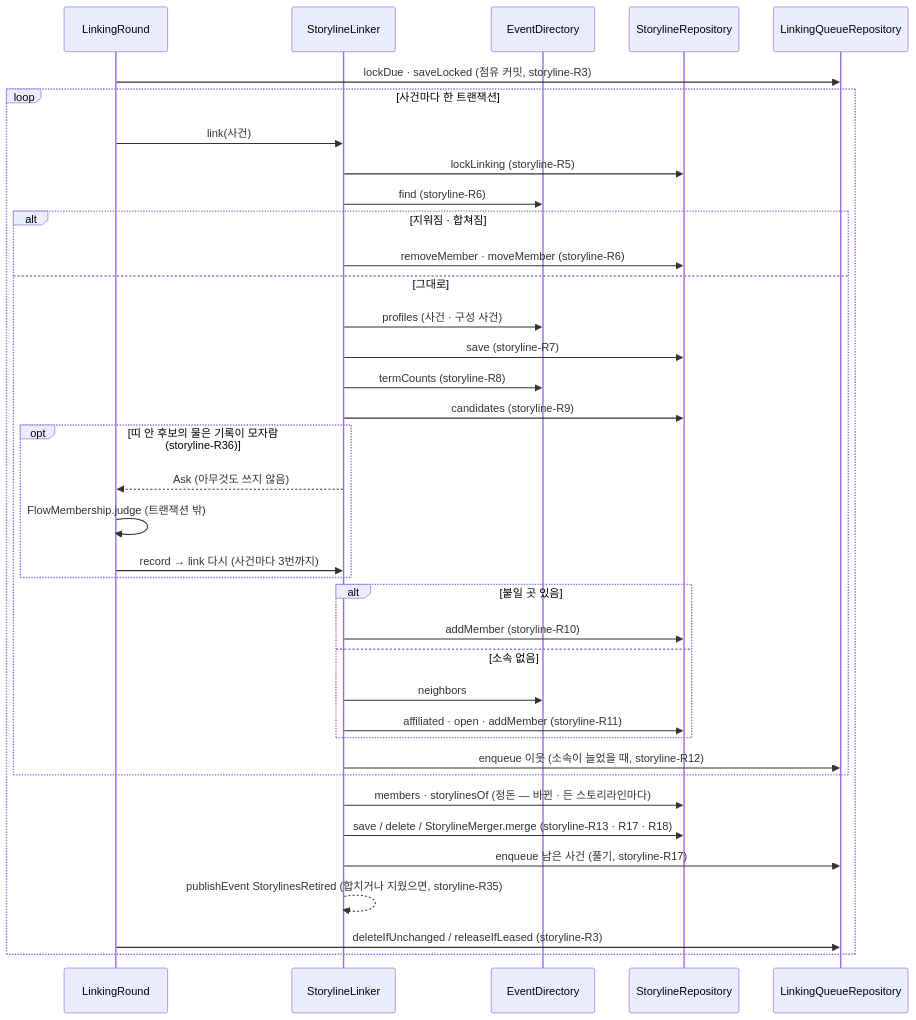
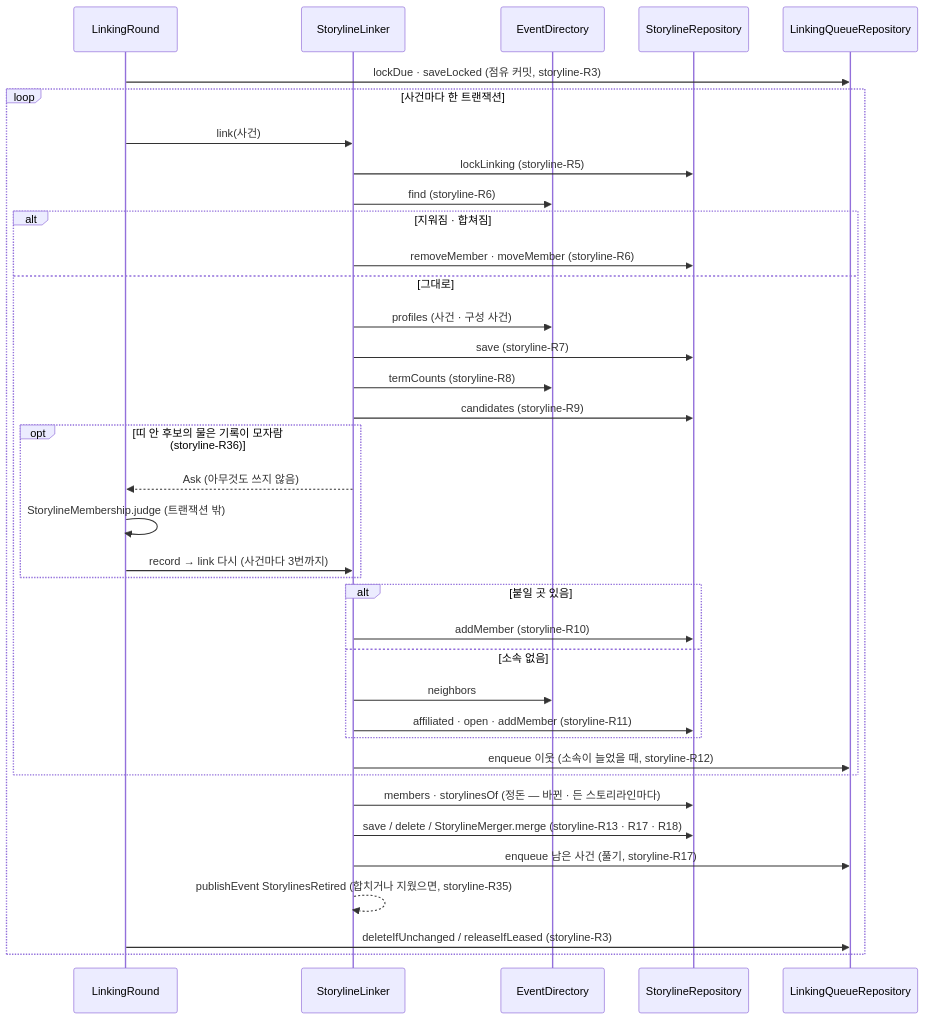
The diagram in docs/specs/storyline.md (Theia0382/yozm-news), drawn with Mermaid before and after one commit. The commit also changed other lines of this file and 22 other files, not shown here.

First line of the commit message:
docs: 개발 문서의 Flow · 흐름을 스토리라인으로 정리하고 ADR-0326

````diff
--- a/docs/specs/storyline.md
+++ b/docs/specs/storyline.md
@@ -369,39 +369,39 @@
 ```mermaid
 sequenceDiagram
     participant R as LinkingRound
     participant L as StorylineLinker
     participant D as EventDirectory
     participant S as StorylineRepository
     participant Q as LinkingQueueRepository
     R->>Q: lockDue · saveLocked (점유 커밋, storyline-R3)
     loop 사건마다 한 트랜잭션
         R->>L: link(사건)
         L->>S: lockLinking (storyline-R5)
         L->>D: find (storyline-R6)
         alt 지워짐 · 합쳐짐
             L->>S: removeMember · moveMember (storyline-R6)
         else 그대로
             L->>D: profiles (사건 · 구성 사건)
             L->>S: save (storyline-R7)
             L->>D: termCounts (storyline-R8)
             L->>S: candidates (storyline-R9)
             opt 띠 안 후보의 물은 기록이 모자람 (storyline-R36)
                 L-->>R: Ask (아무것도 쓰지 않음)
-                R->>R: FlowMembership.judge (트랜잭션 밖)
+                R->>R: StorylineMembership.judge (트랜잭션 밖)
                 R->>L: record → link 다시 (사건마다 3번까지)
             end
             alt 붙일 곳 있음
                 L->>S: addMember (storyline-R10)
             else 소속 없음
                 L->>D: neighbors
                 L->>S: affiliated · open · addMember (storyline-R11)
             end
             L->>Q: enqueue 이웃 (소속이 늘었을 때, storyline-R12)
         end
         L->>S: members · storylinesOf (정돈 — 바뀐 · 든 스토리라인마다)
         L->>S: save / delete / StorylineMerger.merge (storyline-R13 · R17 · R18)
         L->>Q: enqueue 남은 사건 (풀기, storyline-R17)
         L-->>L: publishEvent StorylinesRetired (합치거나 지웠으면, storyline-R35)
         R->>Q: deleteIfUnchanged / releaseIfLeased (storyline-R3)
     end
 ```
````
